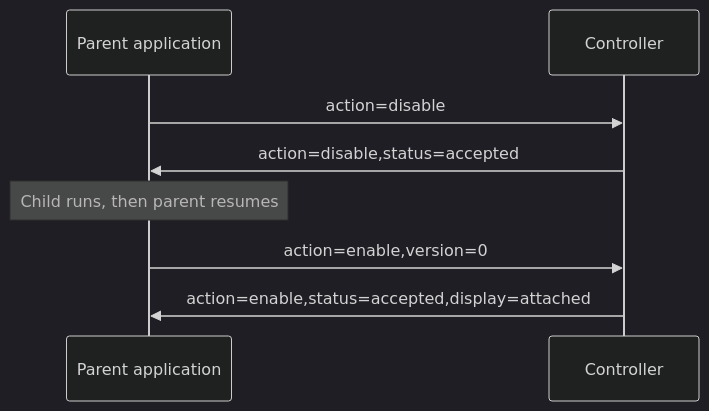
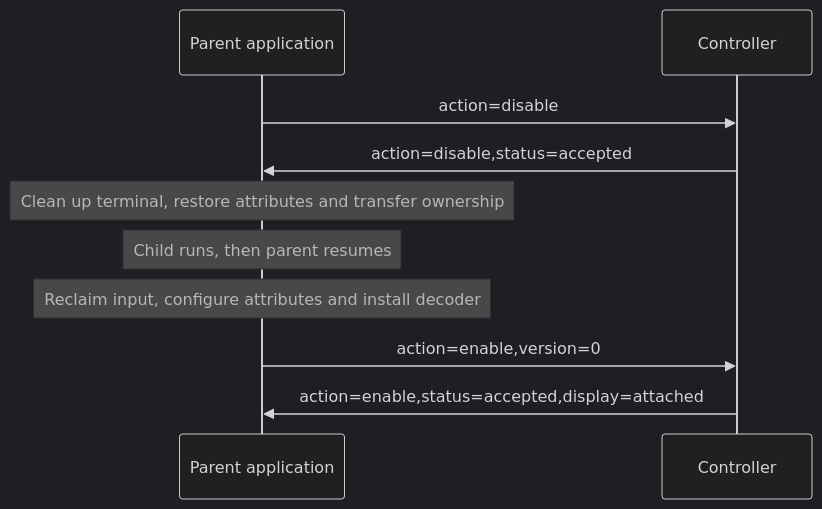
Before and after one commit to claes/kittyplex: the sixth of 7 diagrams in docs/terminal-recovery-protocol-spec.md, drawn with Mermaid (dark theme). The commit also changed other lines of this file and 3 other files, not shown here.

````diff
--- a/docs/terminal-recovery-protocol-spec.md
+++ b/docs/terminal-recovery-protocol-spec.md
@@ -329,10 +348,12 @@
 ```mermaid
 sequenceDiagram
     participant P as Parent application
     participant C as Controller
     P->>C: action=disable
     C->>P: action=disable,status=accepted
+    Note over P: Clean up terminal, restore attributes and transfer ownership
     Note over P: Child runs, then parent resumes
+    Note over P: Reclaim input, configure attributes and install decoder
     P->>C: action=enable,version=0
     C->>P: action=enable,status=accepted,display=attached
 ```
````
